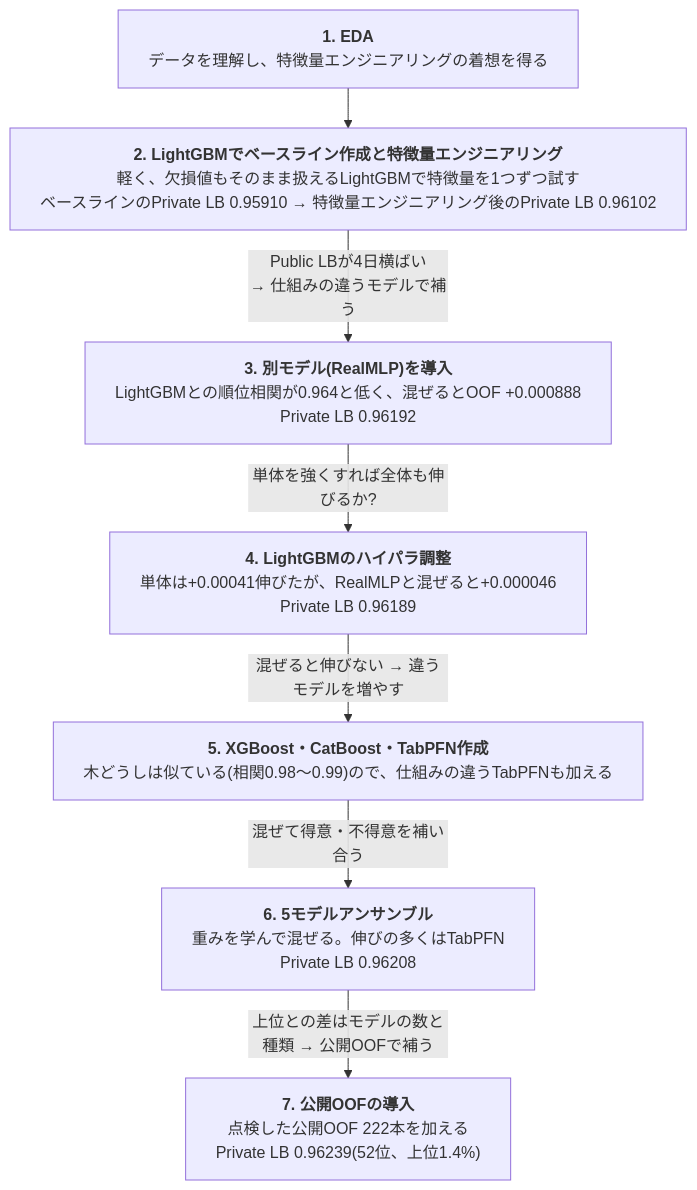
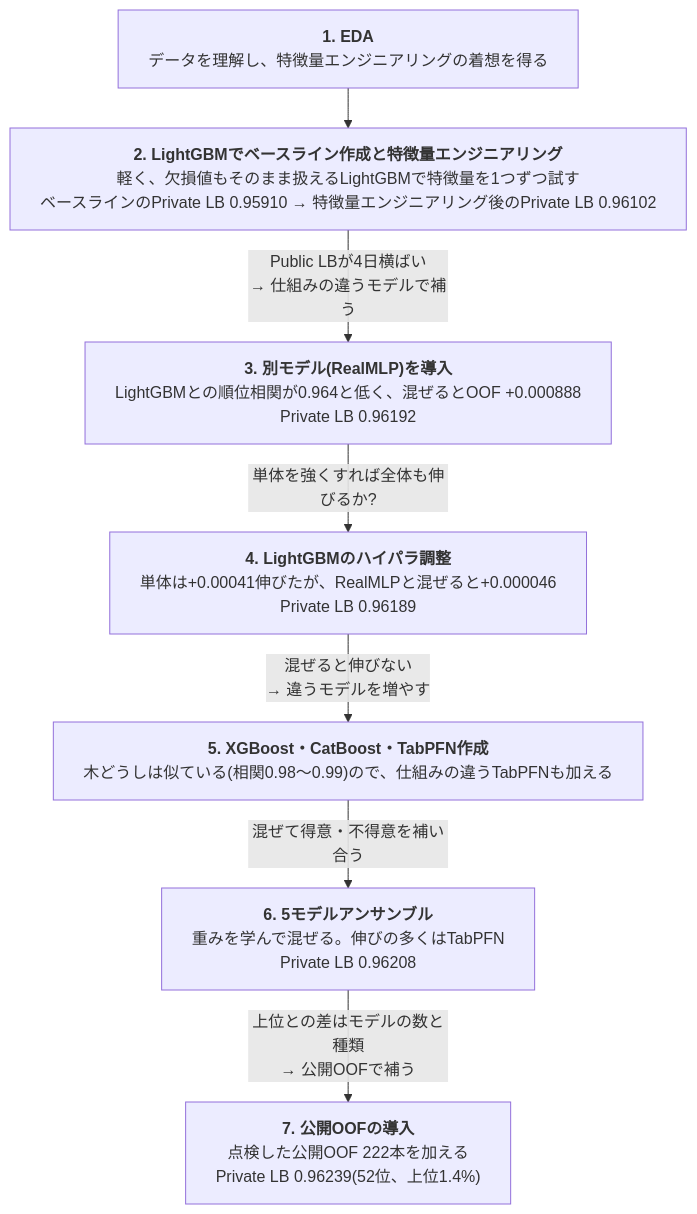
One commit to aramaki5443-art/kaggle-s6e10-airline-satisfaction changed the first of 3 diagrams in README.md. Above: the diagram before and after it, drawn with Mermaid.

Commit message:
README: フロー図の矢印のラベルを→の前で改行
Claude-Session: https://claude.ai/code/session_01W4XQw12fApd9PttvvKTwbS

````diff
--- a/README.md
+++ b/README.md
@@ -21,22 +21,22 @@
 ```mermaid
 ---
 config:
   flowchart:
     wrappingWidth: 800
     rankSpacing: 40
 ---
 flowchart TD
   S1["<b>1. EDA</b><br>データを理解し、特徴量エンジニアリングの着想を得る"]
   S2["<b>2. LightGBMでベースライン作成と特徴量エンジニアリング</b><br>軽く、欠損値もそのまま扱えるLightGBMで特徴量を1つずつ試す<br>ベースラインのPrivate LB 0.95910 → 特徴量エンジニアリング後のPrivate LB 0.96102"]
   S3["<b>3. 別モデル(RealMLP)を導入</b><br>LightGBMとの順位相関が0.964と低く、混ぜるとOOF +0.000888<br>Private LB 0.96192"]
   S4["<b>4. LightGBMのハイパラ調整</b><br>単体は+0.00041伸びたが、RealMLPと混ぜると+0.000046<br>Private LB 0.96189"]
   S5["<b>5. XGBoost・CatBoost・TabPFN作成</b><br>木どうしは似ている(相関0.98〜0.99)ので、仕組みの違うTabPFNも加える"]
   S6["<b>6. 5モデルアンサンブル</b><br>重みを学んで混ぜる。伸びの多くはTabPFN<br>Private LB 0.96208"]
   S7["<b>7. 公開OOFの導入</b><br>点検した公開OOF 222本を加える<br>Private LB 0.96239(52位、上位1.4%)"]
   S1 --> S2
   S2 -->|"Public LBが4日横ばい<br>→ 仕組みの違うモデルで補う"| S3
   S3 -->|"単体を強くすれば全体も伸びるか?"| S4
-  S4 -->|"混ぜると伸びない → 違うモデルを増やす"| S5
+  S4 -->|"混ぜると伸びない<br>→ 違うモデルを増やす"| S5
   S5 -->|"混ぜて得意・不得意を補い合う"| S6
-  S6 -->|"上位との差はモデルの数と種類 → 公開OOFで補う"| S7
+  S6 -->|"上位との差はモデルの数と種類<br>→ 公開OOFで補う"| S7
 ```
````
